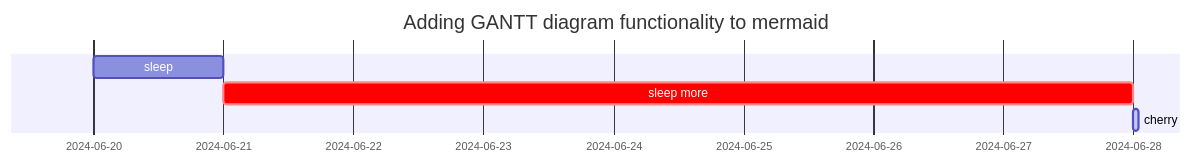
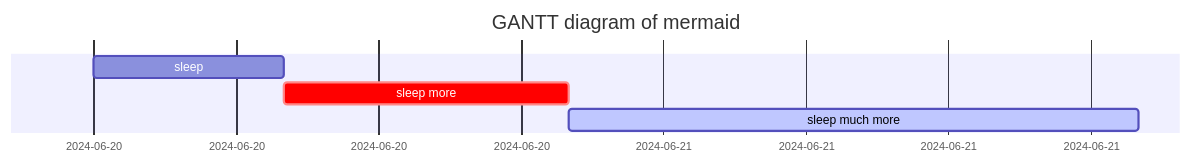
Before and after one commit to InsaneGe/insanege.github.io: the first of 3 diagrams in _posts/2024-11-10-How to write a new post.md, drawn with Mermaid. The commit also changed other lines of this file and 13 other files, not shown here.

````diff
--- a/_posts/2024-11-10-How to write a new post.md
+++ b/_posts/2024-11-10-How to write a new post.md
@@ -161,7 +161,7 @@
 ```mermaid
  gantt
-  title  Adding GANTT diagram functionality to mermaid
-  sleep :a, 2024-06-20, 1d
-  sleep more :crit, b, after a, 1w
-  cherry :active, c, after b a, 1h
+  title  GANTT diagram of mermaid
+  sleep :a, 2024-06-20, 8h
+  sleep more :crit, b, after a, 12h
+  sleep much more :active, c, after b a, 1d
 ```
````
